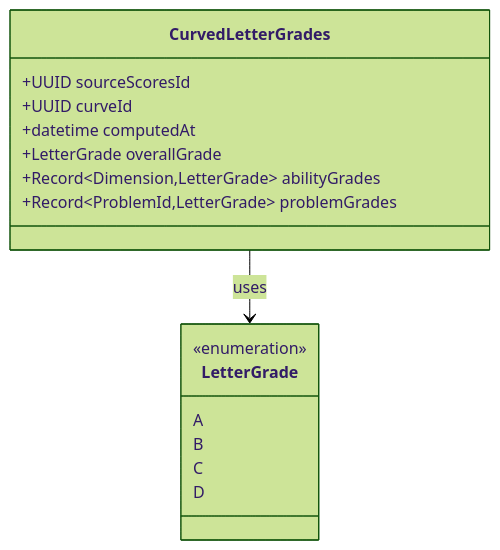
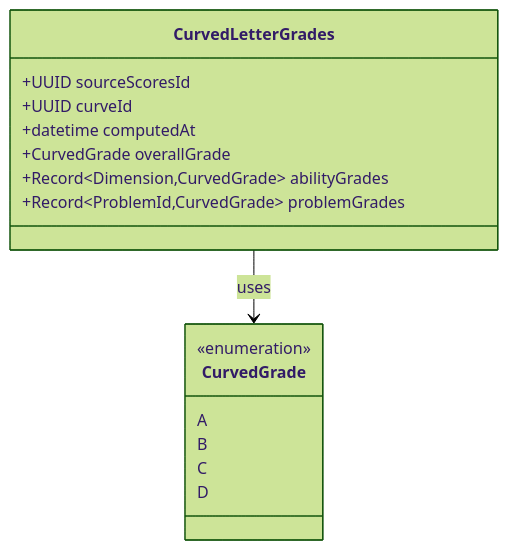
One commit to paideia-ai/tech-doc-axiia changed the eighth of 15 diagrams in score-post-llm-pipeline/schema-v1/pipeline-flow.md. Above: the diagram before and after it, drawn with Mermaid (forest theme). The commit also changed other lines of this file and 2 other files, not shown here.

First line of the commit message:
Rename LetterGradeSchema to CurvedGradeSchema and update docs

````diff
--- a/score-post-llm-pipeline/schema-v1/pipeline-flow.md
+++ b/score-post-llm-pipeline/schema-v1/pipeline-flow.md
@@ -298,21 +298,21 @@
 ```mermaid
 classDiagram
     class CurvedLetterGrades {
         +UUID sourceScoresId
         +UUID curveId
         +datetime computedAt
-        +LetterGrade overallGrade
-        +Record~Dimension,LetterGrade~ abilityGrades
-        +Record~ProblemId,LetterGrade~ problemGrades
+        +CurvedGrade overallGrade
+        +Record~Dimension,CurvedGrade~ abilityGrades
+        +Record~ProblemId,CurvedGrade~ problemGrades
     }
 
-    class LetterGrade {
+    class CurvedGrade {
         <<enumeration>>
         A
         B
         C
         D
     }
 
-    CurvedLetterGrades --> LetterGrade : uses
+    CurvedLetterGrades --> CurvedGrade : uses
 ```
````
